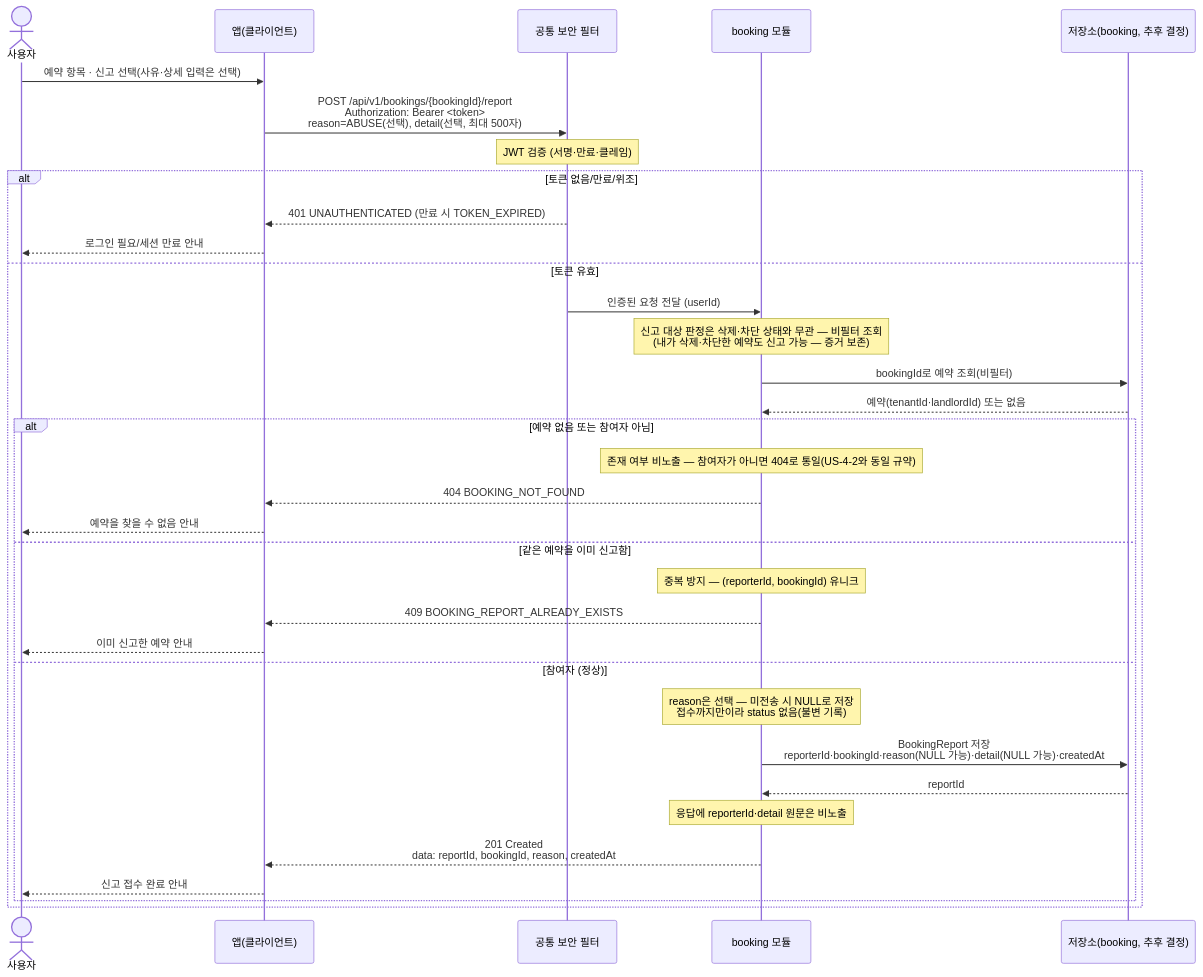
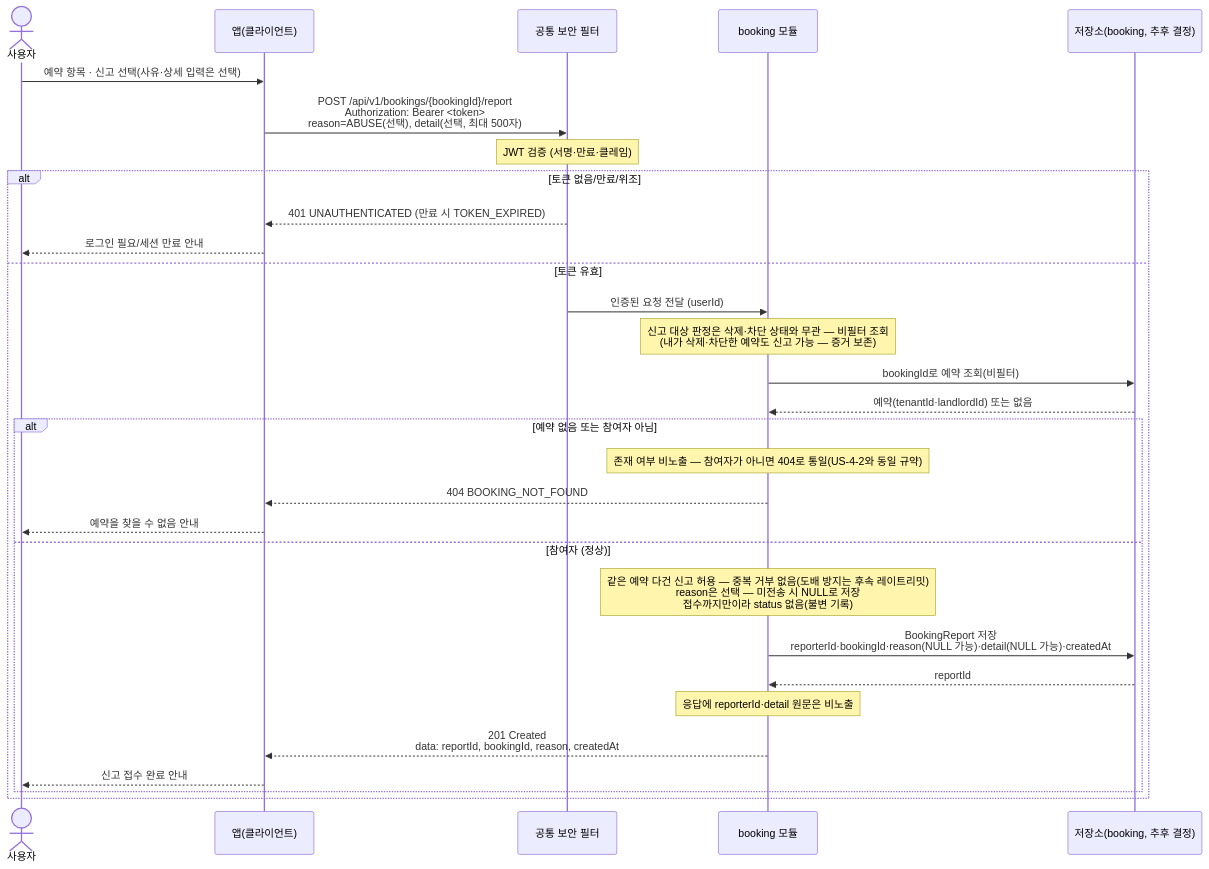
The first of 2 diagrams in docs/architecture/sequence-diagrams/04-booking-inquiry-chat/us-4-9-booking-report.md (jameskim9509/Kohere-backend), drawn with Mermaid before and after one commit. The commit also changed other lines of this file and 17 other files, not shown here.

````diff
--- a/docs/architecture/sequence-diagrams/04-booking-inquiry-chat/us-4-9-booking-report.md
+++ b/docs/architecture/sequence-diagrams/04-booking-inquiry-chat/us-4-9-booking-report.md
@@ -11,39 +11,35 @@
 ```mermaid
 sequenceDiagram
     actor U as 사용자
     participant C as 앱(클라이언트)
     participant SEC as 공통 보안 필터
     participant BOOK as booking 모듈
     participant XDB as 저장소(booking, 추후 결정)
 
     U->>C: 예약 항목 · 신고 선택(사유·상세 입력은 선택)
     C->>SEC: POST /api/v1/bookings/{bookingId}/report<br/>Authorization: Bearer <token><br/>reason=ABUSE(선택), detail(선택, 최대 500자)
     Note over SEC: JWT 검증 (서명·만료·클레임)
 
     alt 토큰 없음/만료/위조
         SEC-->>C: 401 UNAUTHENTICATED (만료 시 TOKEN_EXPIRED)
         C-->>U: 로그인 필요/세션 만료 안내
     else 토큰 유효
         SEC->>BOOK: 인증된 요청 전달 (userId)
         Note over BOOK: 신고 대상 판정은 삭제·차단 상태와 무관 — 비필터 조회<br/>(내가 삭제·차단한 예약도 신고 가능 — 증거 보존)
         BOOK->>XDB: bookingId로 예약 조회(비필터)
         XDB-->>BOOK: 예약(tenantId·landlordId) 또는 없음
 
         alt 예약 없음 또는 참여자 아님
             Note over BOOK: 존재 여부 비노출 — 참여자가 아니면 404로 통일(US-4-2와 동일 규약)
             BOOK-->>C: 404 BOOKING_NOT_FOUND
             C-->>U: 예약을 찾을 수 없음 안내
-        else 같은 예약을 이미 신고함
-            Note over BOOK: 중복 방지 — (reporterId, bookingId) 유니크
-            BOOK-->>C: 409 BOOKING_REPORT_ALREADY_EXISTS
-            C-->>U: 이미 신고한 예약 안내
         else 참여자 (정상)
-            Note over BOOK: reason은 선택 — 미전송 시 NULL로 저장<br/>접수까지만이라 status 없음(불변 기록)
+            Note over BOOK: 같은 예약 다건 신고 허용 — 중복 거부 없음(도배 방지는 후속 레이트리밋)<br/>reason은 선택 — 미전송 시 NULL로 저장<br/>접수까지만이라 status 없음(불변 기록)
             BOOK->>XDB: BookingReport 저장<br/>reporterId·bookingId·reason(NULL 가능)·detail(NULL 가능)·createdAt
             XDB-->>BOOK: reportId
             Note over BOOK: 응답에 reporterId·detail 원문은 비노출
             BOOK-->>C: 201 Created<br/>data: reportId, bookingId, reason, createdAt
             C-->>U: 신고 접수 완료 안내
         end
     end
 ```
````
